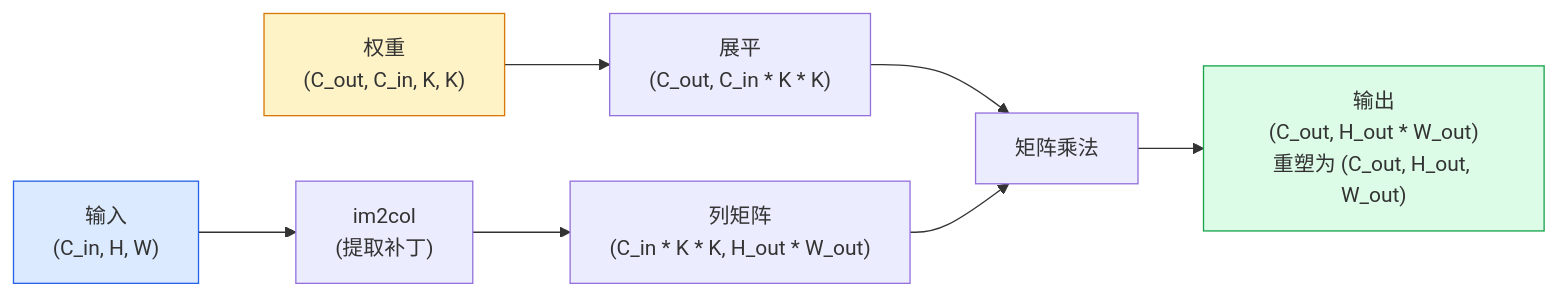
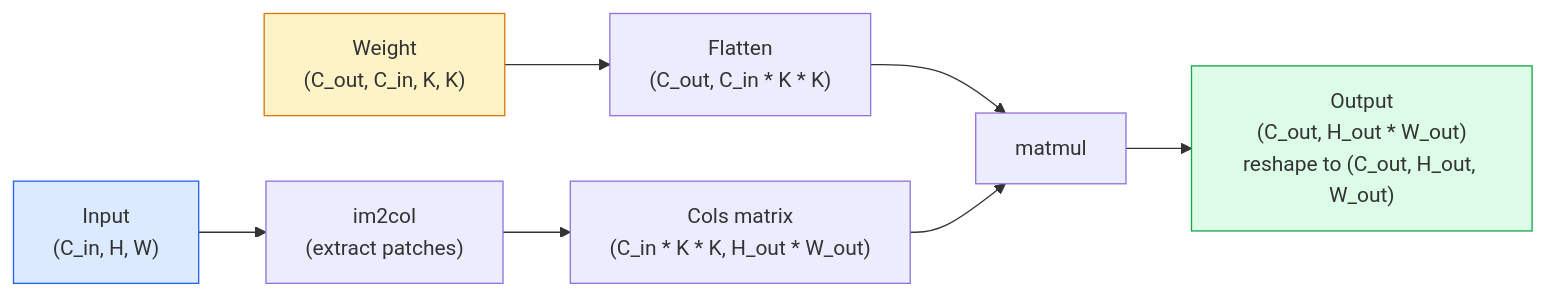
The second of 2 diagrams in i18n/zh/phases/04-computer-vision/02-convolutions-from-scratch/docs/zh.md (xiaojiaenen/ai-engineering-from-scratch-zh), drawn with Mermaid before and after one commit. The commit also changed other lines of this file and 28 other files, not shown here.

````diff
--- a/i18n/zh/phases/04-computer-vision/02-convolutions-from-scratch/docs/zh.md
+++ b/i18n/zh/phases/04-computer-vision/02-convolutions-from-scratch/docs/zh.md
@@ -155,13 +155,13 @@
 ```mermaid
 flowchart LR
-    X["输入<br/>(C_in, H, W)"] --> IM2COL["im2col<br/>(提取补丁)"]
-    IM2COL --> COLS["列矩阵<br/>(C_in * K * K, H_out * W_out)"]
-    W["权重<br/>(C_out, C_in, K, K)"] --> FLAT["展平<br/>(C_out, C_in * K * K)"]
-    FLAT --> MM["矩阵乘法"]
+    X["Input<br/>(C_in, H, W)"] --> IM2COL["im2col<br/>(extract patches)"]
+    IM2COL --> COLS["Cols matrix<br/>(C_in * K * K, H_out * W_out)"]
+    W["Weight<br/>(C_out, C_in, K, K)"] --> FLAT["Flatten<br/>(C_out, C_in * K * K)"]
+    FLAT --> MM["matmul"]
     COLS --> MM
-    MM --> OUT["输出<br/>(C_out, H_out * W_out)<br/>重塑为 (C_out, H_out, W_out)"]
+    MM --> OUT["Output<br/>(C_out, H_out * W_out)<br/>reshape to (C_out, H_out, W_out)"]
 
     style X fill:#dbeafe,stroke:#2563eb
     style W fill:#fef3c7,stroke:#d97706
     style OUT fill:#dcfce7,stroke:#16a34a
 ```
````
